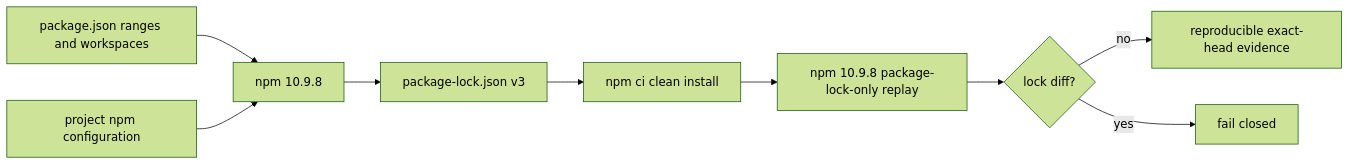
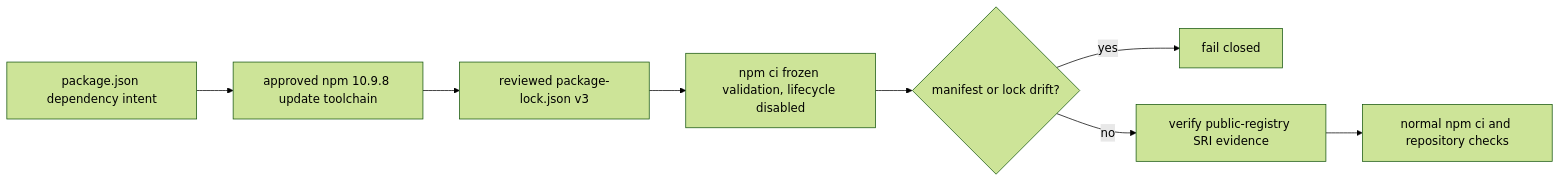
Before and after one commit to ContextualWisdomLab/bandscope: the diagram in docs/doctoring/npm-lockfile-generator-provenance.md, drawn with Mermaid (forest theme). The commit also changed other lines of this file and 3 other files, not shown here.

Commit message:
fix(ci): validate npm lock without mutable resolution

````diff
--- a/docs/doctoring/npm-lockfile-generator-provenance.md
+++ b/docs/doctoring/npm-lockfile-generator-provenance.md
@@ -22,11 +24,10 @@
 ```mermaid
 flowchart LR
-    M[package.json ranges and workspaces] --> G[npm 10.9.8]
-    C[project npm configuration] --> G
-    G --> L[package-lock.json v3]
-    L --> I[npm ci clean install]
-    I --> R[npm 10.9.8 package-lock-only replay]
-    R --> D{lock diff?}
-    D -->|no| A[reproducible exact-head evidence]
+    M[package.json dependency intent] --> G[approved npm 10.9.8 update toolchain]
+    G --> L[reviewed package-lock.json v3]
+    L --> V[npm ci frozen validation, lifecycle disabled]
+    V --> D{manifest or lock drift?}
     D -->|yes| F[fail closed]
+    D -->|no| S[verify public-registry SRI evidence]
+    S --> C[normal npm ci and repository checks]
 ```
````
